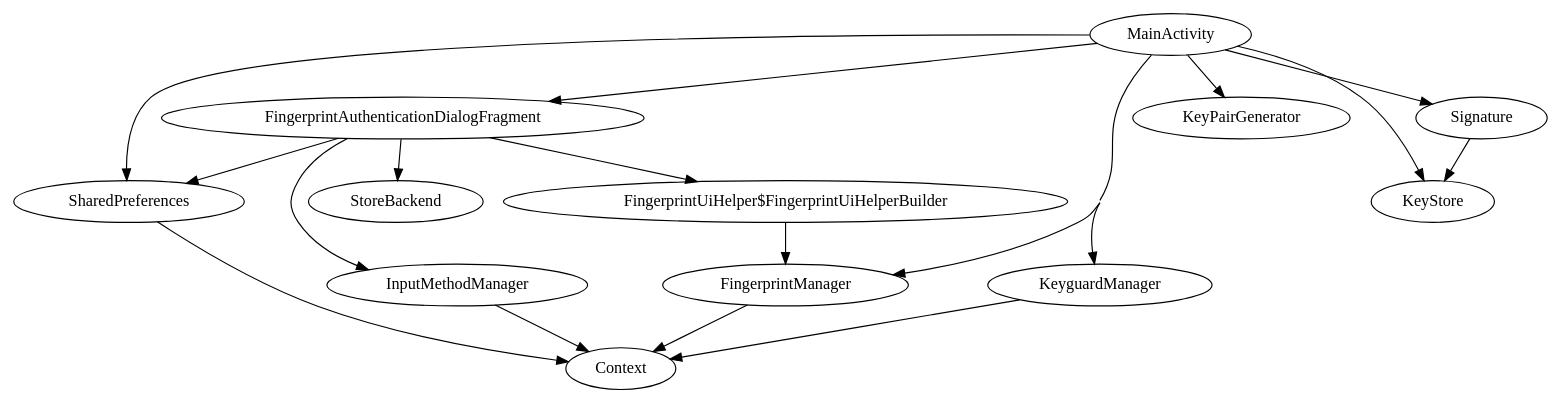
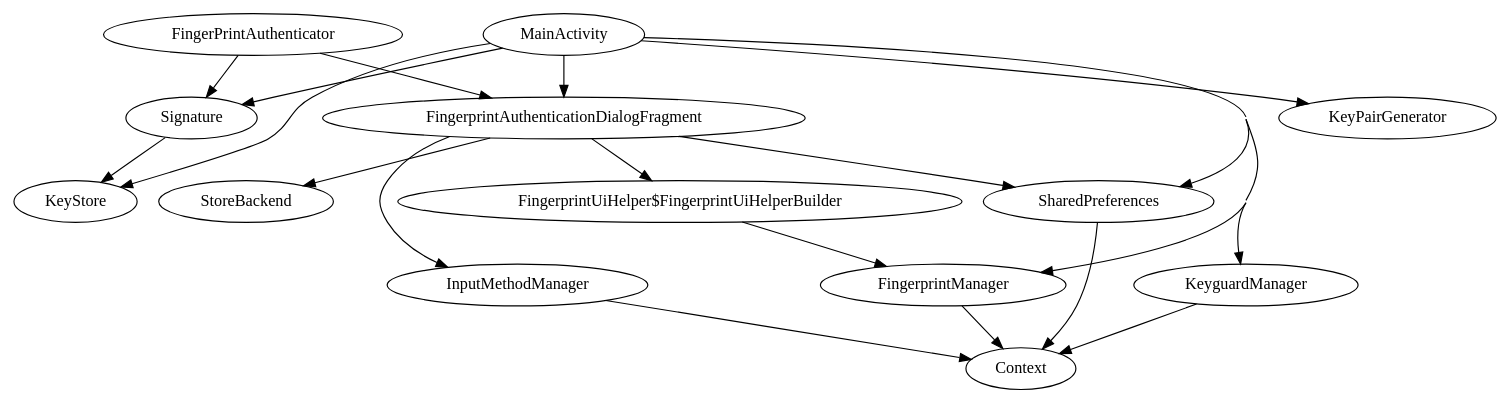
Before and after one commit to nov/AccountManager: the diagram in fingerprint/Application/build/intermediates/classes/debug/jp/yauth/account_manager/fingerprint/FingerprintModule.dot, drawn with Graphviz. The commit also changed 139 other files, not shown here.

```diff
--- a/fingerprint/Application/build/intermediates/classes/debug/jp/yauth/account_manager/fingerprint/FingerprintModule.dot
+++ b/fingerprint/Application/build/intermediates/classes/debug/jp/yauth/account_manager/fingerprint/FingerprintModule.dot
@@ -1,21 +1,23 @@
 digraph G1 {
   concentrate = true;
+  FingerPrintAuthenticator -> FingerprintAuthenticationDialogFragment;
+  FingerPrintAuthenticator -> Signature;
   n2 [label="FingerprintUiHelper$FingerprintUiHelperBuilder"];
   FingerprintAuthenticationDialogFragment -> n2;
   FingerprintAuthenticationDialogFragment -> SharedPreferences;
   FingerprintAuthenticationDialogFragment -> InputMethodManager;
   FingerprintAuthenticationDialogFragment -> StoreBackend;
   FingerprintManager -> Context;
   n2 -> FingerprintManager;
   InputMethodManager -> Context;
   KeyguardManager -> Context;
   MainActivity -> FingerprintAuthenticationDialogFragment;
   MainActivity -> KeyguardManager;
   MainActivity -> SharedPreferences;
   MainActivity -> FingerprintManager;
   MainActivity -> KeyPairGenerator;
   MainActivity -> KeyStore;
   MainActivity -> Signature;
   SharedPreferences -> Context;
   Signature -> KeyStore;
 }
```
